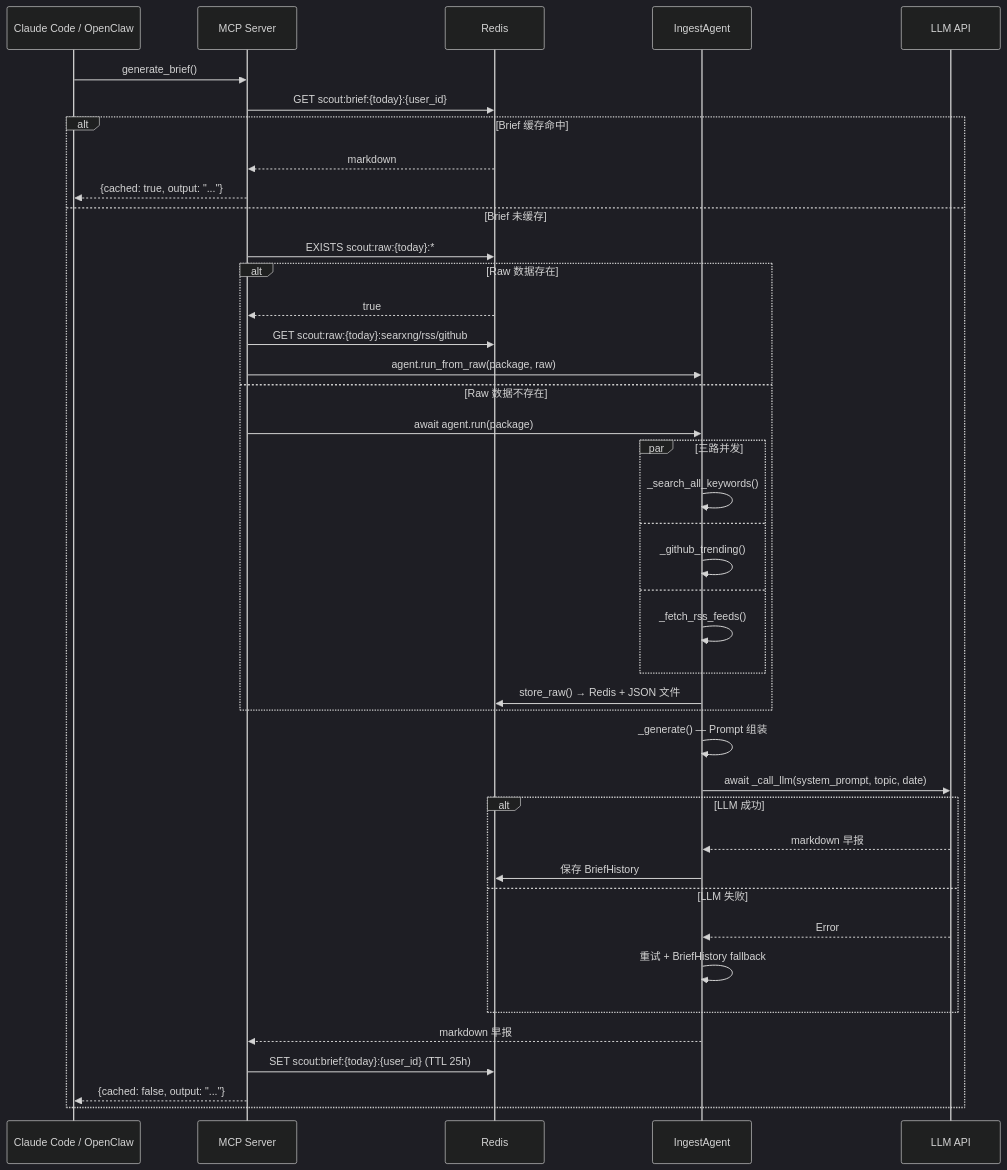
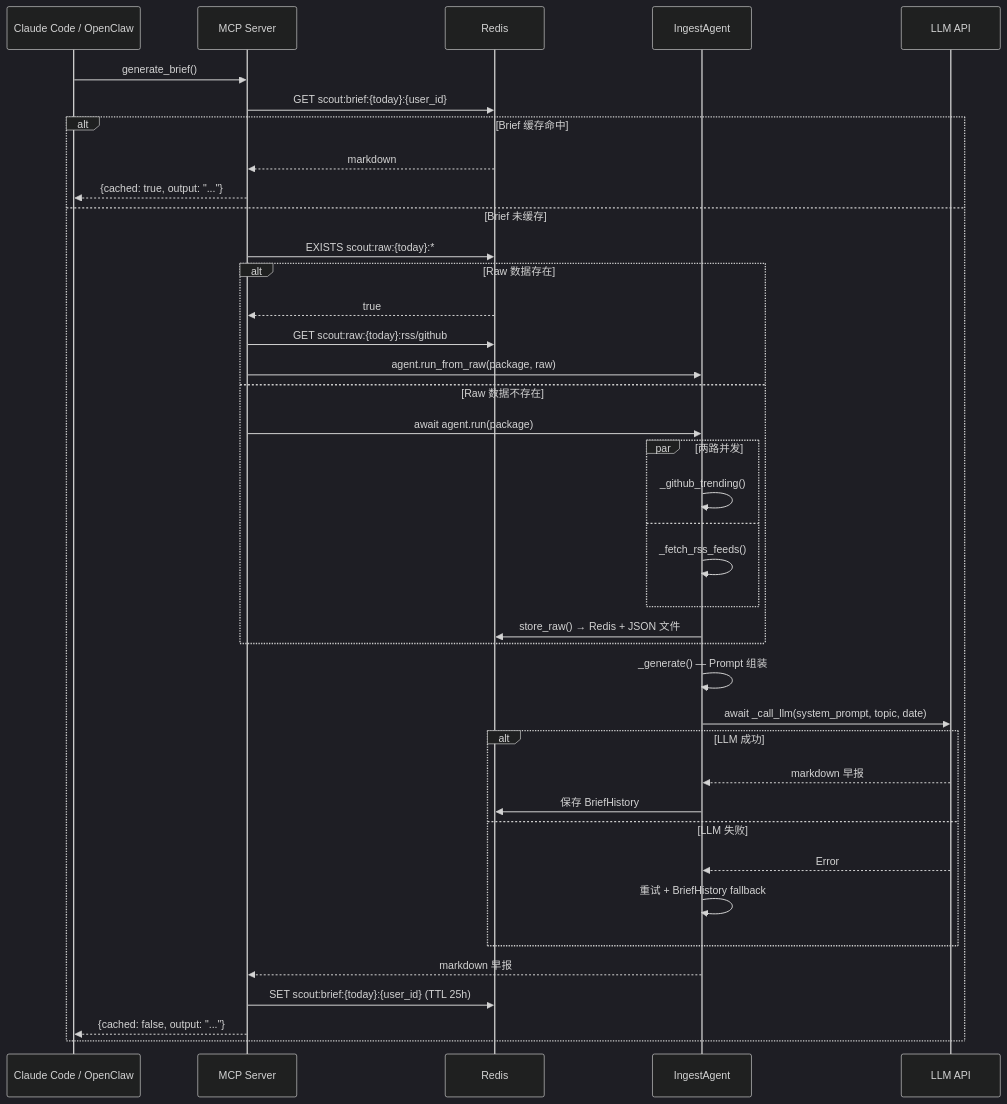
Before and after one commit to xinovate/linglong-scout: the second of 2 diagrams in docs/design/02-agent-pipeline.md, drawn with Mermaid (dark theme). The commit also changed other lines of this file and 17 other files, not shown here.

````diff
--- a/docs/design/02-agent-pipeline.md
+++ b/docs/design/02-agent-pipeline.md
@@ -74,50 +71,48 @@
 ```mermaid
 sequenceDiagram
     participant Agent as Claude Code / OpenClaw
     participant MCP as MCP Server
     participant Redis as Redis
     participant AgentCore as IngestAgent
     participant LLM as LLM API
 
     Agent->>MCP: generate_brief()
 
     MCP->>Redis: GET scout:brief:{today}:{user_id}
     alt Brief 缓存命中
         Redis-->>MCP: markdown
         MCP-->>Agent: {cached: true, output: "..."}
     else Brief 未缓存
         MCP->>Redis: EXISTS scout:raw:{today}:*
         alt Raw 数据存在
             Redis-->>MCP: true
-            MCP->>Redis: GET scout:raw:{today}:searxng/rss/github
+            MCP->>Redis: GET scout:raw:{today}:rss/github
             MCP->>AgentCore: agent.run_from_raw(package, raw)
         else Raw 数据不存在
             MCP->>AgentCore: await agent.run(package)
 
-            par 三路并发
-                AgentCore->>AgentCore: _search_all_keywords()
-            and
+            par 两路并发
                 AgentCore->>AgentCore: _github_trending()
             and
                 AgentCore->>AgentCore: _fetch_rss_feeds()
             end
 
             AgentCore->>Redis: store_raw() → Redis + JSON 文件
         end
 
         AgentCore->>AgentCore: _generate() — Prompt 组装
         AgentCore->>LLM: await _call_llm(system_prompt, topic, date)
 
         alt LLM 成功
             LLM-->>AgentCore: markdown 早报
             AgentCore->>Redis: 保存 BriefHistory
         else LLM 失败
             LLM-->>AgentCore: Error
             AgentCore->>AgentCore: 重试 + BriefHistory fallback
         end
 
         AgentCore-->>MCP: markdown 早报
         MCP->>Redis: SET scout:brief:{today}:{user_id} (TTL 25h)
         MCP-->>Agent: {cached: false, output: "..."}
     end
 ```
````
